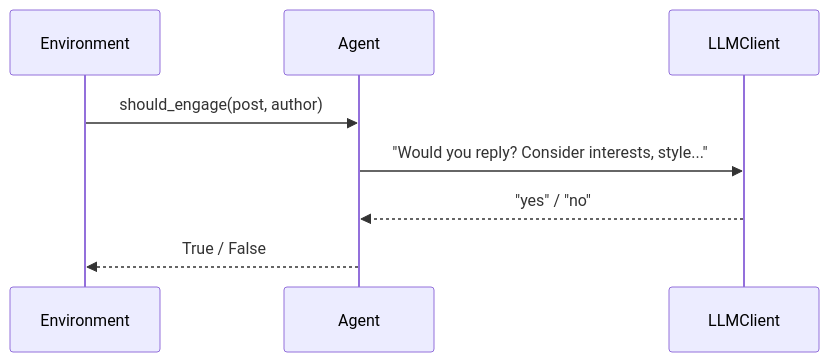
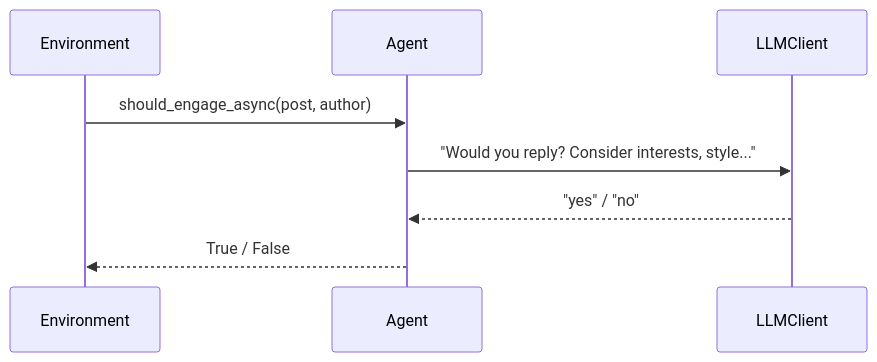
The second of 3 diagrams in simulation/README.md (Keyhole-Koro/snackPersona), drawn with Mermaid before and after one commit. The commit also changed other lines of this file and 23 other files, not shown here.

````diff
--- a/simulation/README.md
+++ b/simulation/README.md
@@ -57,11 +62,11 @@
 ```mermaid
 sequenceDiagram
     participant Env as Environment
     participant Agent as Agent
     participant LLM as LLMClient
 
-    Env->>Agent: should_engage(post, author)
+    Env->>Agent: should_engage_async(post, author)
     Agent->>LLM: "Would you reply? Consider interests, style..."
     LLM-->>Agent: "yes" / "no"
     Agent-->>Env: True / False
 ```
````
